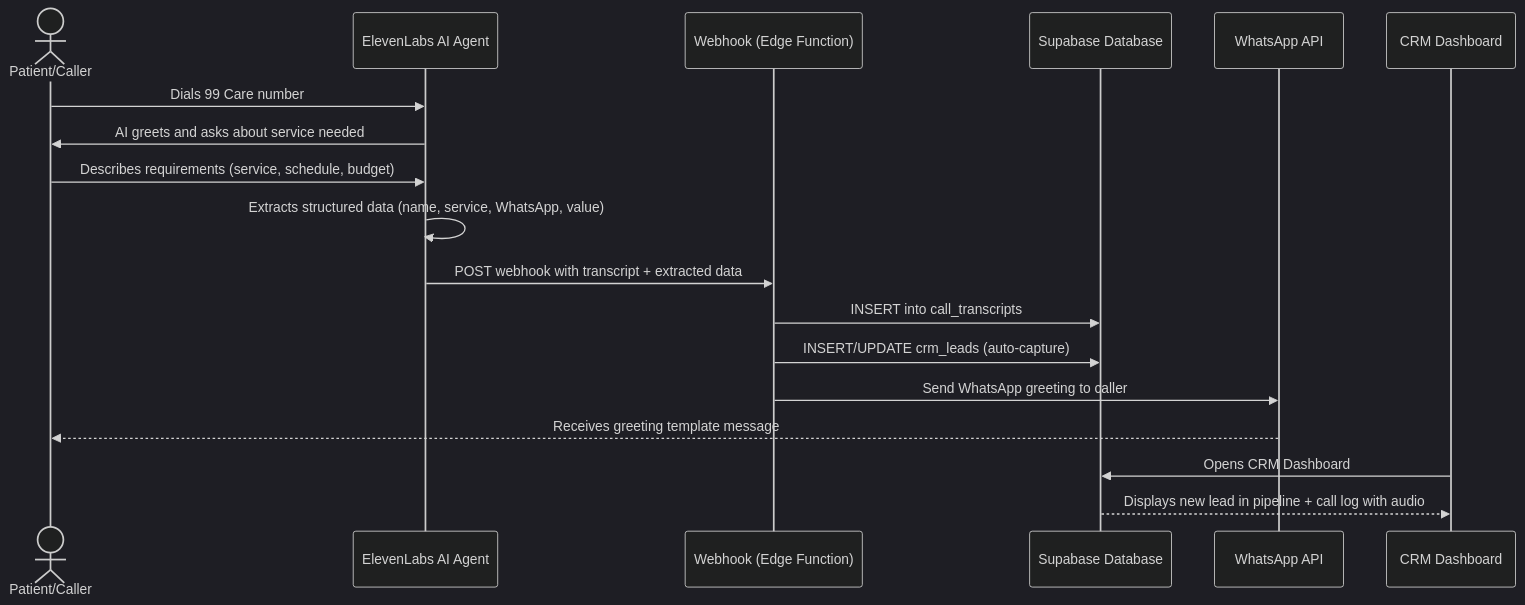
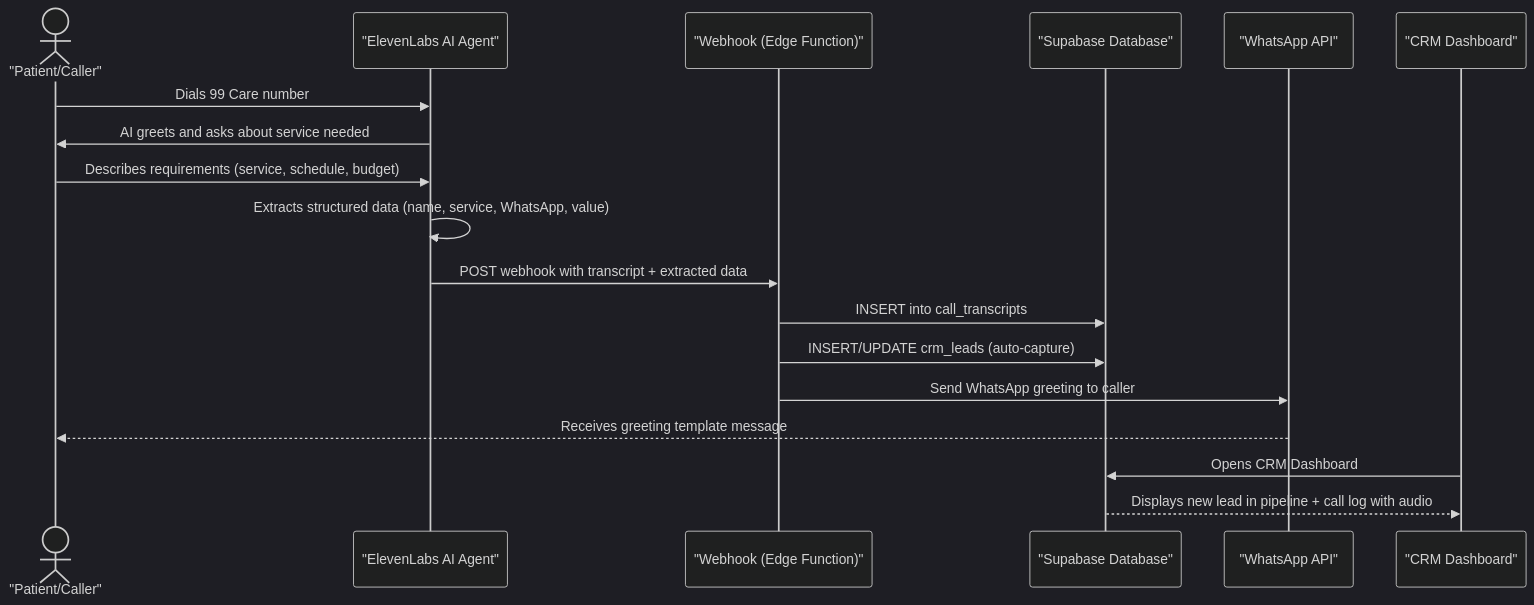
Before and after one commit to Tanishq4090/HealthCare: the seventh of 8 diagrams in report/07_system_design.md, drawn with Mermaid (dark theme). The commit also changed other lines of this file and 38 other files, not shown here.

````diff
--- a/report/07_system_design.md
+++ b/report/07_system_design.md
@@ -443,21 +452,21 @@
 ```mermaid
 sequenceDiagram
-    actor Caller as Patient/Caller
-    participant EL as ElevenLabs AI Agent
-    participant WH as Webhook (Edge Function)
-    participant DB as Supabase Database
-    participant WA as WhatsApp API
-    participant Admin as CRM Dashboard
+    actor Caller as "Patient/Caller"
+    participant EL as "ElevenLabs AI Agent"
+    participant WH as "Webhook (Edge Function)"
+    participant DB as "Supabase Database"
+    participant WA as "WhatsApp API"
+    participant Admin as "CRM Dashboard"
 
     Caller->>EL: Dials 99 Care number
     EL->>Caller: AI greets and asks about service needed
     Caller->>EL: Describes requirements (service, schedule, budget)
     EL->>EL: Extracts structured data (name, service, WhatsApp, value)
     EL->>WH: POST webhook with transcript + extracted data
     WH->>DB: INSERT into call_transcripts
     WH->>DB: INSERT/UPDATE crm_leads (auto-capture)
     WH->>WA: Send WhatsApp greeting to caller
     WA-->>Caller: Receives greeting template message
     Admin->>DB: Opens CRM Dashboard
     DB-->>Admin: Displays new lead in pipeline + call log with audio
 ```
````
